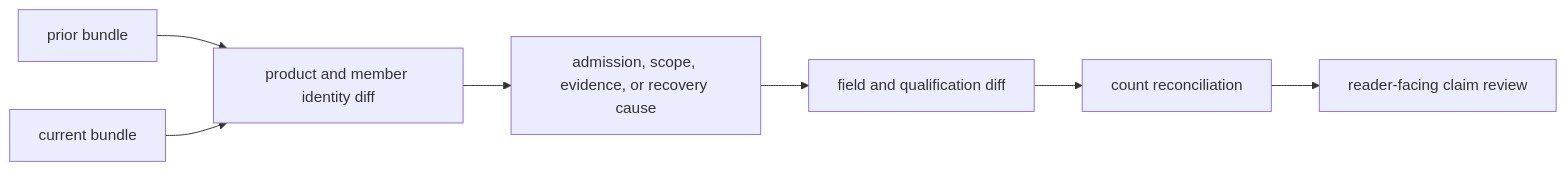
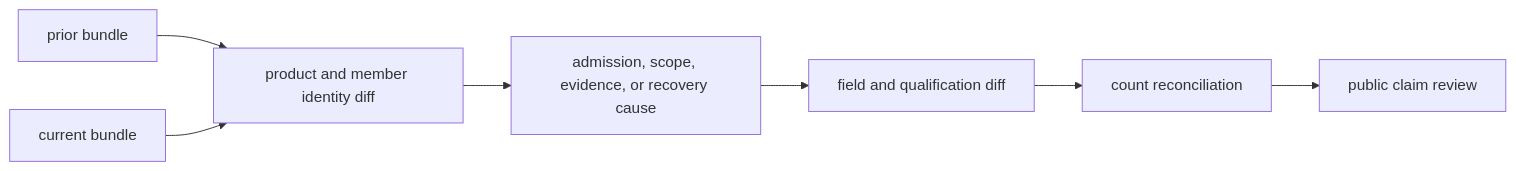
The third of 3 diagrams in docs/public/pollenomics-data/publications/reports.md (bijux/bijux-pollenomics), drawn with Mermaid before and after one commit. The commit also changed other lines of this file and 2 other files, not shown here.

````diff
--- a/docs/public/pollenomics-data/publications/reports.md
+++ b/docs/public/pollenomics-data/publications/reports.md
@@ -133,9 +170,9 @@
 ```mermaid
 flowchart LR
     Before["prior bundle"] --> Identity["product and member identity diff"]
     After["current bundle"] --> Identity
     Identity --> Cause["admission, scope, evidence, or recovery cause"]
     Cause --> Semantics["field and qualification diff"]
     Semantics --> Totals["count reconciliation"]
-    Totals --> Narrative["reader-facing claim review"]
+    Totals --> Narrative["public claim review"]
 ```
````
